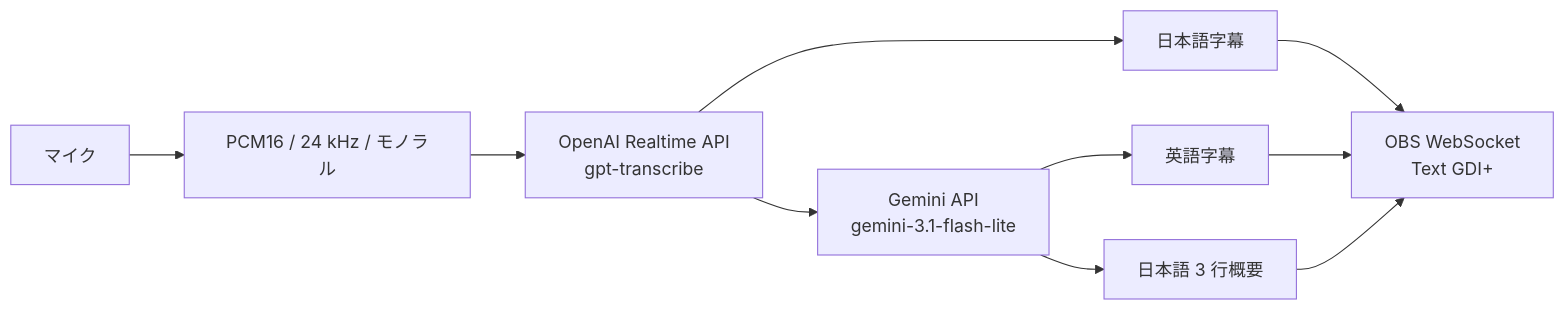
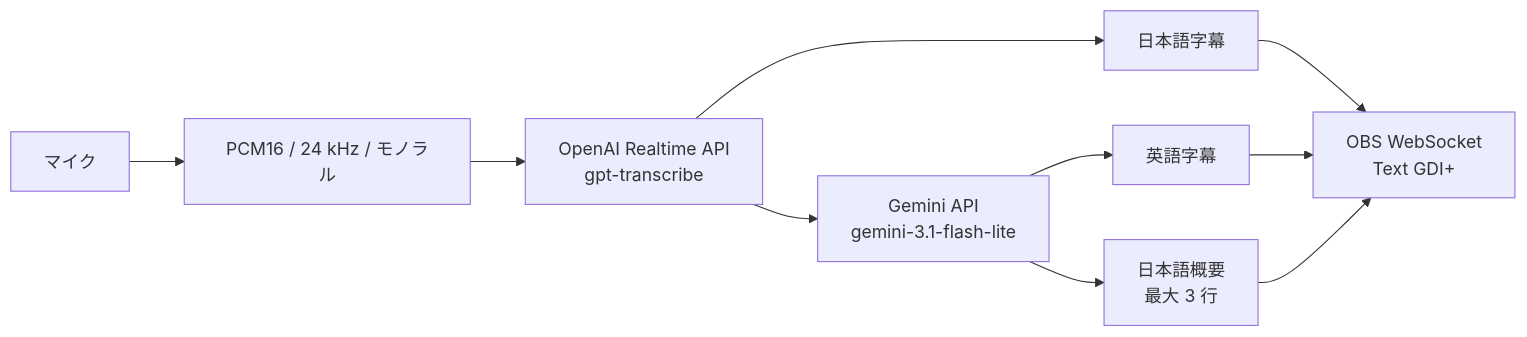
The diagram in docs/architecture.md (AllegroMoltoV/realtime-summary-generator), drawn with Mermaid before and after one commit. The commit also changed other lines of this file and 14 other files, not shown here.

````diff
--- a/docs/architecture.md
+++ b/docs/architecture.md
@@ -9,12 +9,12 @@
 ```mermaid
 flowchart LR
     MIC[マイク] --> AUDIO[PCM16 / 24 kHz / モノラル]
     AUDIO --> STT[OpenAI Realtime API<br>gpt-transcribe]
     STT --> JA[日本語字幕]
     STT --> GEMINI[Gemini API<br>gemini-3.1-flash-lite]
     GEMINI --> EN[英語字幕]
-    GEMINI --> SUMMARY[日本語 3 行概要]
+    GEMINI --> SUMMARY[日本語概要<br>最大 3 行]
     JA --> OBS[OBS WebSocket<br>Text GDI+]
     EN --> OBS
     SUMMARY --> OBS
 ```
````
